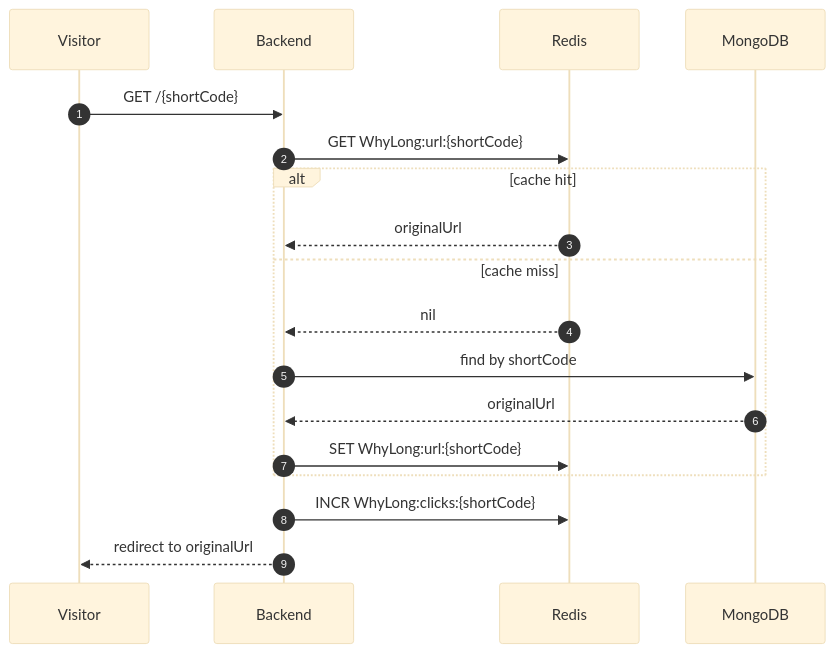
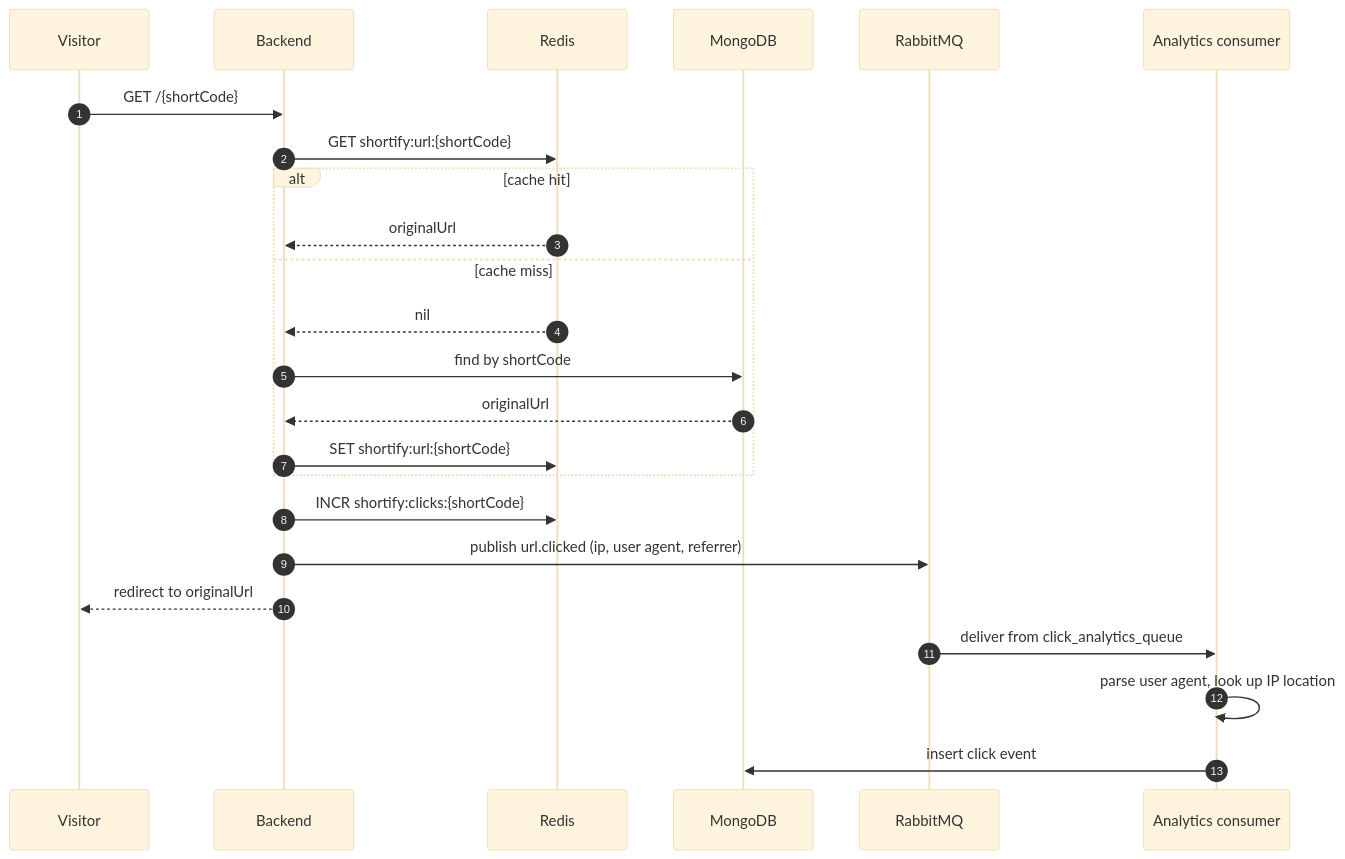
Before and after one commit to devKartikeya/WhyLong: the second of 3 diagrams in README.md, drawn with Mermaid (base theme). The commit also changed other lines of this file, not shown here.

````diff
--- a/README.md
+++ b/README.md
@@ -150,21 +155,27 @@
 ```mermaid
 sequenceDiagram
     autonumber
     participant V as Visitor
     participant B as Backend
     participant R as Redis
     participant M as MongoDB
+    participant X as RabbitMQ
+    participant W as Analytics consumer
 
     V->>B: GET /{shortCode}
-    B->>R: GET WhyLong:url:{shortCode}
+    B->>R: GET shortify:url:{shortCode}
     alt cache hit
         R-->>B: originalUrl
     else cache miss
         R-->>B: nil
         B->>M: find by shortCode
         M-->>B: originalUrl
-        B->>R: SET WhyLong:url:{shortCode}
+        B->>R: SET shortify:url:{shortCode}
     end
-    B->>R: INCR WhyLong:clicks:{shortCode}
+    B->>R: INCR shortify:clicks:{shortCode}
+    B->>X: publish url.clicked (ip, user agent, referrer)
     B-->>V: redirect to originalUrl
+    X->>W: deliver from click_analytics_queue
+    W->>W: parse user agent, look up IP location
+    W->>M: insert click event
 ```
````
